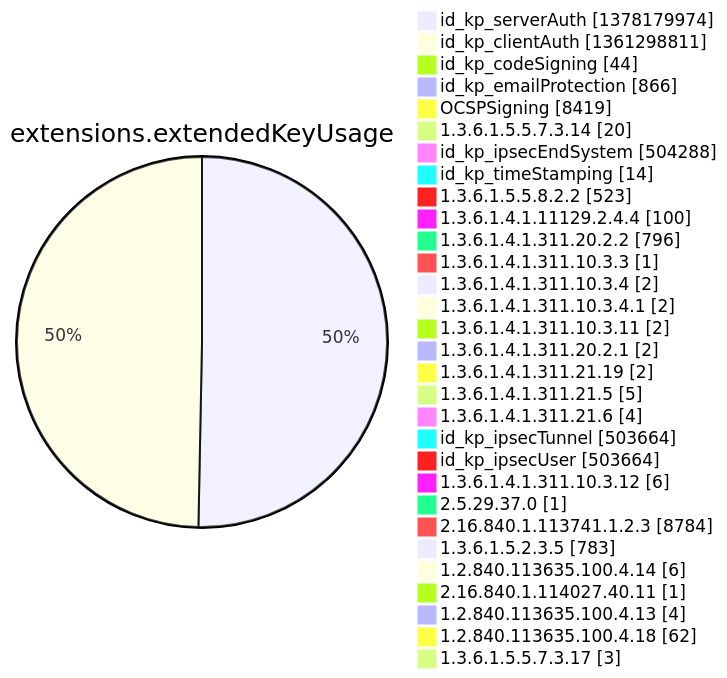
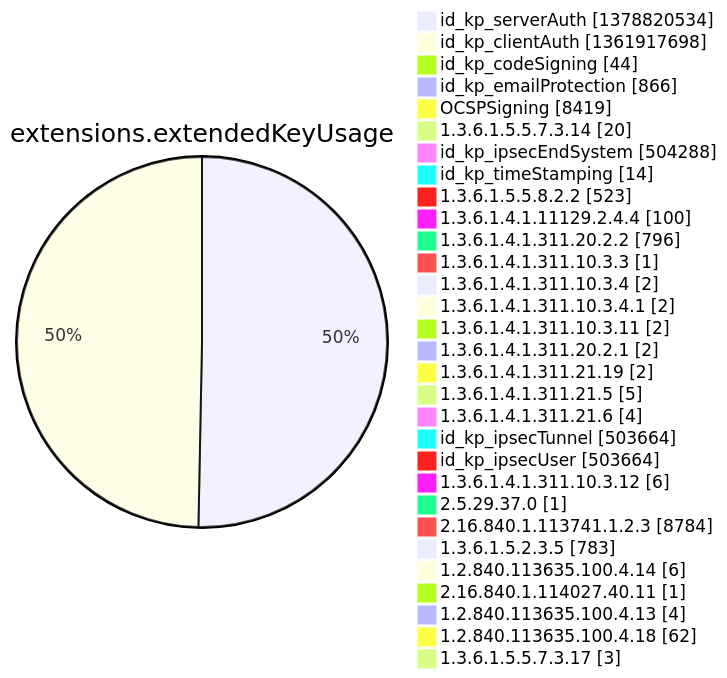
Before and after one commit to christiankrug/ctmonitor_visualization: diagram 12 of 15 in argon2022/README.md, drawn with Mermaid. The commit also changed other lines of this file, not shown here.

````diff
--- a/argon2022/README.md
+++ b/argon2022/README.md
@@ -3554,34 +3554,34 @@
 ```mermaid
 pie showData
 title extensions.extendedKeyUsage
-"id_kp_serverAuth" :1378179974
-"id_kp_clientAuth" :1361298811
+"id_kp_serverAuth" :1378820534
+"id_kp_clientAuth" :1361917698
 "id_kp_codeSigning" :44
 "id_kp_emailProtection" :866
 "OCSPSigning" :8419
 "1.3.6.1.5.5.7.3.14" :20
 "id_kp_ipsecEndSystem" :504288
 "id_kp_timeStamping" :14
 "1.3.6.1.5.5.8.2.2" :523
 "1.3.6.1.4.1.11129.2.4.4" :100
 "1.3.6.1.4.1.311.20.2.2" :796
 "1.3.6.1.4.1.311.10.3.3" :1
 "1.3.6.1.4.1.311.10.3.4" :2
 "1.3.6.1.4.1.311.10.3.4.1" :2
 "1.3.6.1.4.1.311.10.3.11" :2
 "1.3.6.1.4.1.311.20.2.1" :2
 "1.3.6.1.4.1.311.21.19" :2
 "1.3.6.1.4.1.311.21.5" :5
 "1.3.6.1.4.1.311.21.6" :4
 "id_kp_ipsecTunnel" :503664
 "id_kp_ipsecUser" :503664
 "1.3.6.1.4.1.311.10.3.12" :6
 "2.5.29.37.0" :1
 "2.16.840.1.113741.1.2.3" :8784
 "1.3.6.1.5.2.3.5" :783
 "1.2.840.113635.100.4.14" :6
 "2.16.840.1.114027.40.11" :1
 "1.2.840.113635.100.4.13" :4
 "1.2.840.113635.100.4.18" :62
 "1.3.6.1.5.5.7.3.17" :3
 ```
````
